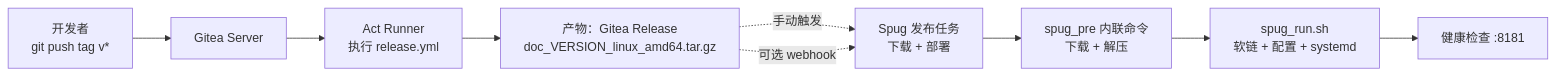
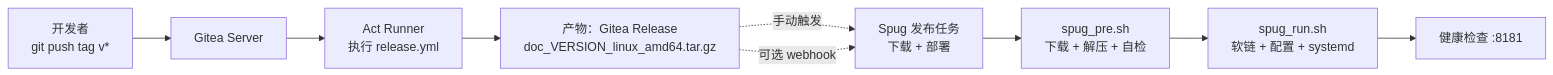
Before and after one commit to astrueus/doc: the diagram in docs/deploy-spug/deploy-spug-actions.md, drawn with Mermaid. The commit also changed other lines of this file and 4 other files, not shown here.

Commit message:
docs(spug): 增加 spug_pre.sh 并按自定义发布实测更新文档

````diff
--- a/docs/deploy-spug/deploy-spug-actions.md
+++ b/docs/deploy-spug/deploy-spug-actions.md
@@ -15,11 +15,11 @@
 ```mermaid
 flowchart LR
     A[开发者<br/>git push tag v*] --> B[Gitea Server]
     B --> C[Act Runner<br/>执行 release.yml]
     C --> D[产物：Gitea Release<br/>doc_VERSION_linux_amd64.tar.gz]
     D -.手动触发.-> E[Spug 发布任务<br/>下载 + 部署]
     D -.可选 webhook.-> E
-    E --> F[spug_pre 内联命令<br/>下载 + 解压]
+    E --> F[spug_pre.sh<br/>下载 + 解压 + 自检]
     F --> G[spug_run.sh<br/>软链 + 配置 + systemd]
     G --> H[健康检查 :8181]
 ```
````
